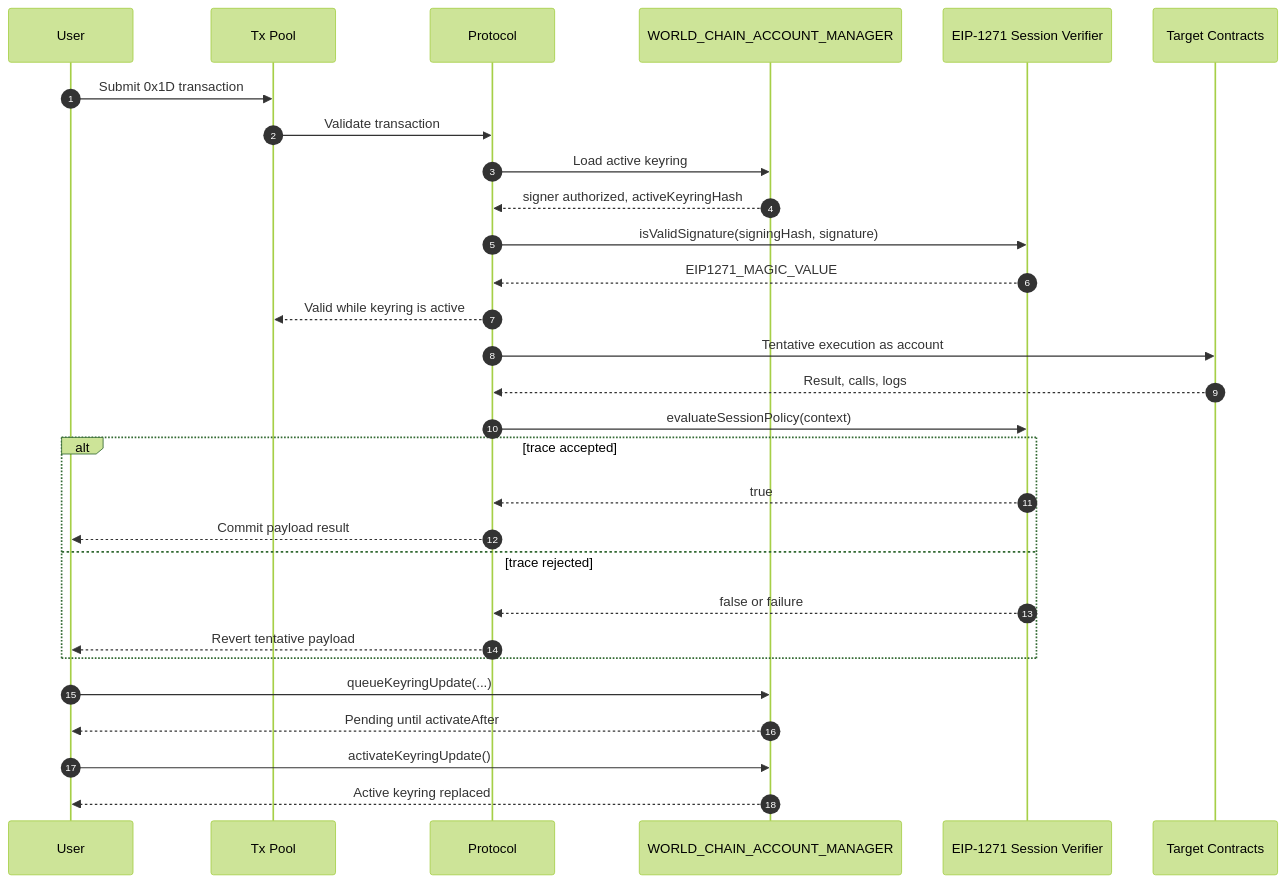
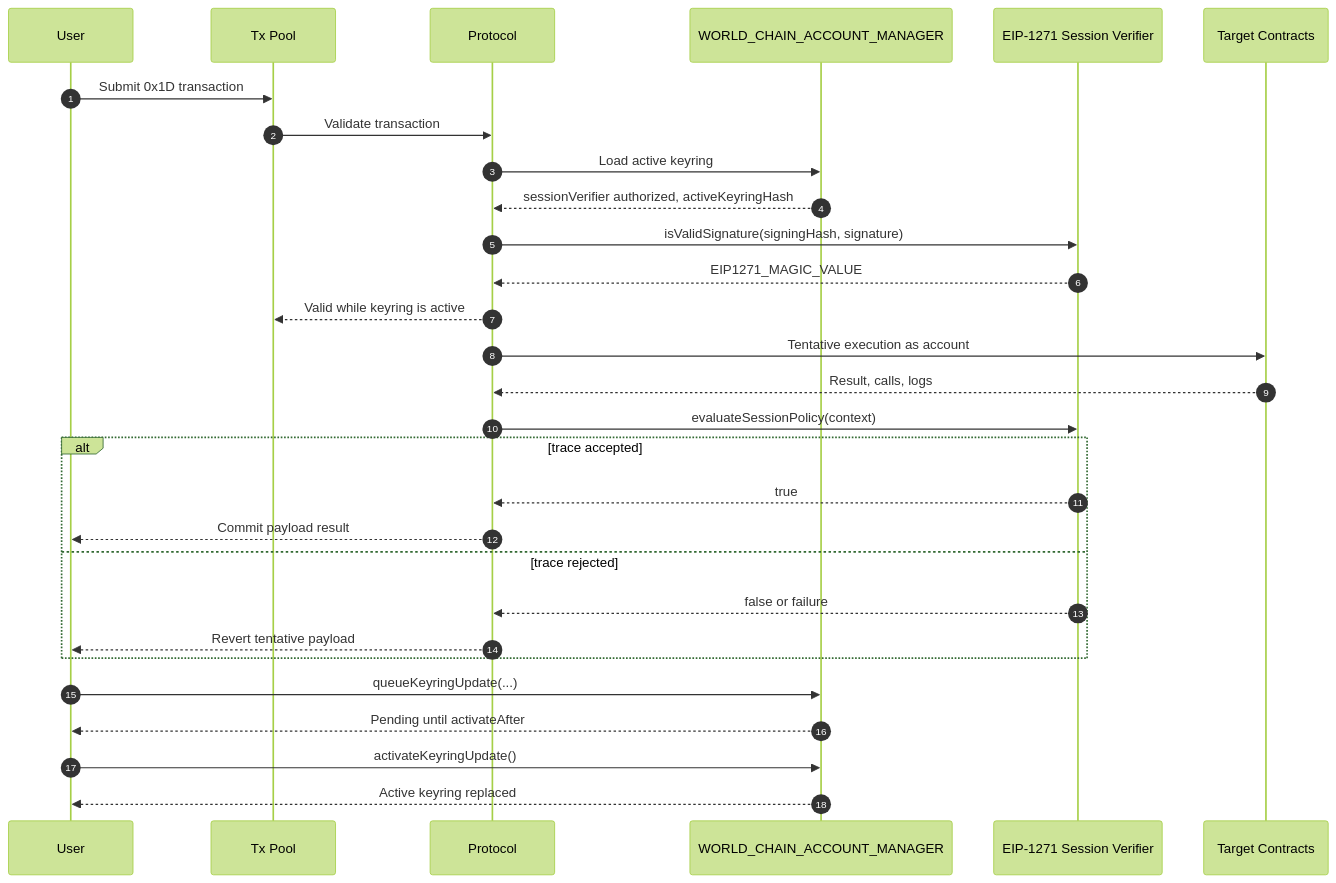
One commit to worldcoin/world-chain changed the diagram in wips/wip-1001.md. Above: the diagram before and after it, drawn with Mermaid (forest theme). The commit also changed other lines of this file, not shown here.

````diff
--- a/wips/wip-1001.md
+++ b/wips/wip-1001.md
@@ -620,34 +877,34 @@
 ```mermaid
 sequenceDiagram
     autonumber
     participant User
     participant Pool as Tx Pool
     participant Protocol
     participant Manager as WORLD_CHAIN_ACCOUNT_MANAGER
     participant Signer as EIP-1271 Session Verifier
     participant App as Target Contracts
 
     User->>Pool: Submit 0x1D transaction
     Pool->>Protocol: Validate transaction
     Protocol->>Manager: Load active keyring
-    Manager-->>Protocol: signer authorized, activeKeyringHash
+    Manager-->>Protocol: sessionVerifier authorized, activeKeyringHash
     Protocol->>Signer: isValidSignature(signingHash, signature)
     Signer-->>Protocol: EIP1271_MAGIC_VALUE
     Protocol-->>Pool: Valid while keyring is active
 
     Protocol->>App: Tentative execution as account
     App-->>Protocol: Result, calls, logs
     Protocol->>Signer: evaluateSessionPolicy(context)
     alt trace accepted
         Signer-->>Protocol: true
         Protocol-->>User: Commit payload result
     else trace rejected
         Signer-->>Protocol: false or failure
         Protocol-->>User: Revert tentative payload
     end
 
     User->>Manager: queueKeyringUpdate(...)
     Manager-->>User: Pending until activateAfter
     User->>Manager: activateKeyringUpdate()
     Manager-->>User: Active keyring replaced
 ```
````
